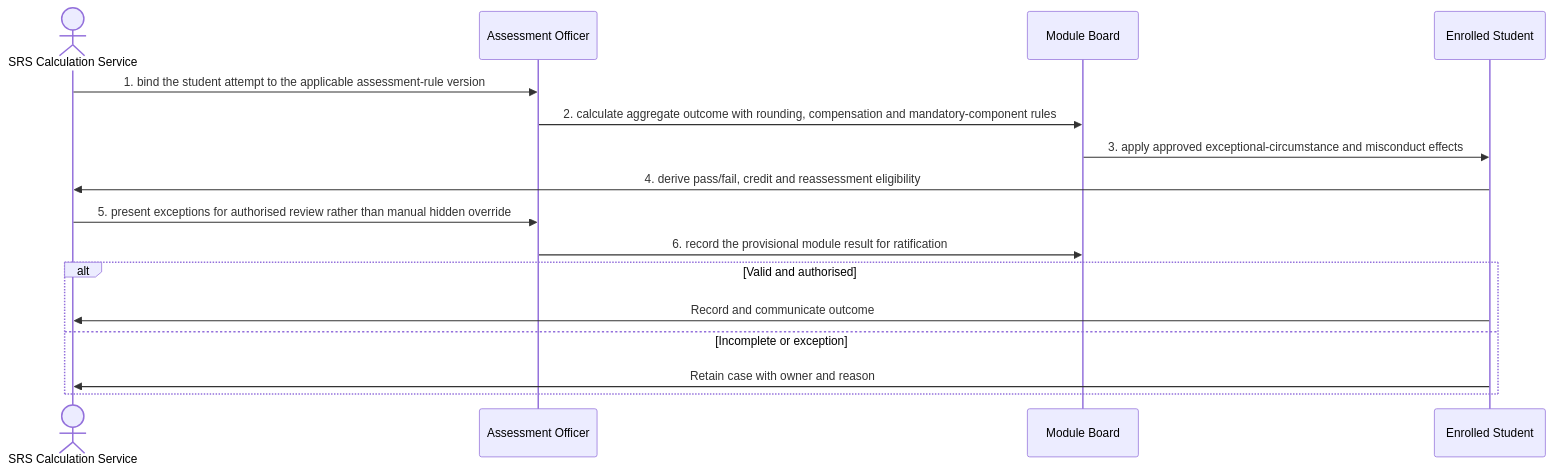
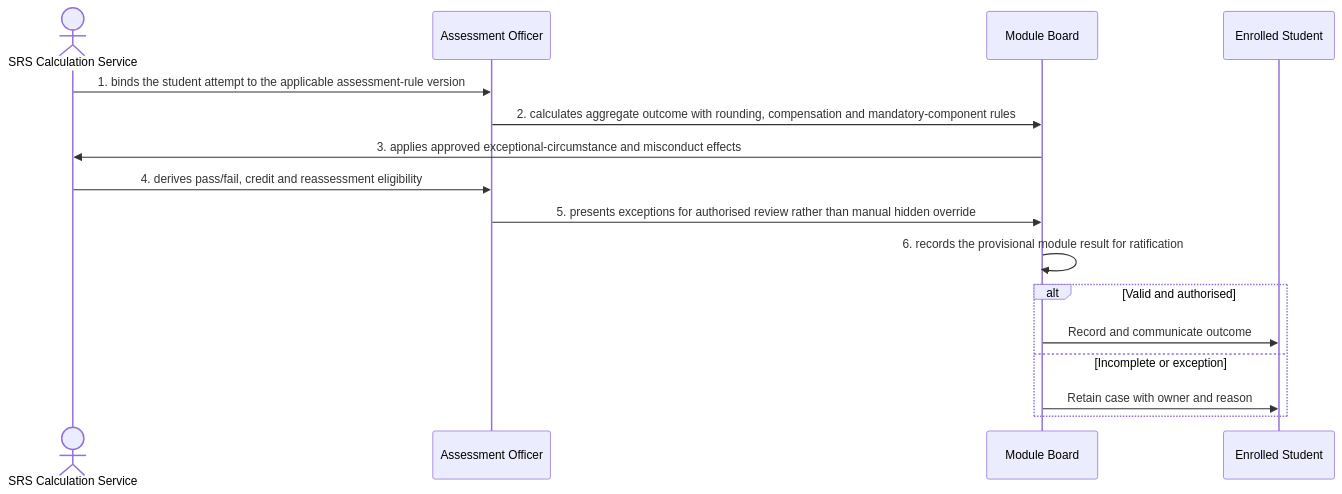
Before and after one commit to RevelationCore/Revelation-SRS: the diagram in docs/business-processes/05-assessment-and-results/bp-05-005-determine-a-module-result.md, drawn with Mermaid. The commit also changed other lines of this file and 96 other files, not shown here.

````diff
--- a/docs/business-processes/05-assessment-and-results/bp-05-005-determine-a-module-result.md
+++ b/docs/business-processes/05-assessment-and-results/bp-05-005-determine-a-module-result.md
@@ -158,18 +158,18 @@
 ```mermaid
 sequenceDiagram
     actor A1 as SRS Calculation Service
     participant A2 as Assessment Officer
     participant A3 as Module Board
     participant A4 as Enrolled Student
-    A1->>A2: 1. bind the student attempt to the applicable assessment-rule version
-    A2->>A3: 2. calculate aggregate outcome with rounding, compensation and mandatory-component rules
-    A3->>A4: 3. apply approved exceptional-circumstance and misconduct effects
-    A4->>A1: 4. derive pass/fail, credit and reassessment eligibility
-    A1->>A2: 5. present exceptions for authorised review rather than manual hidden override
-    A2->>A3: 6. record the provisional module result for ratification
+    A1->>A2: 1. binds the student attempt to the applicable assessment-rule version
+    A2->>A3: 2. calculates aggregate outcome with rounding, compensation and mandatory-component rules
+    A3->>A1: 3. applies approved exceptional-circumstance and misconduct effects
+    A1->>A2: 4. derives pass/fail, credit and reassessment eligibility
+    A2->>A3: 5. presents exceptions for authorised review rather than manual hidden override
+    A3->>A3: 6. records the provisional module result for ratification
     alt Valid and authorised
-        A4->>A1: Record and communicate outcome
+        A3->>A4: Record and communicate outcome
     else Incomplete or exception
-        A4->>A1: Retain case with owner and reason
+        A3->>A4: Retain case with owner and reason
     end
 ```
````
